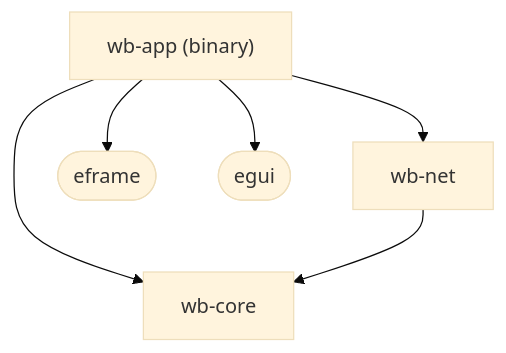
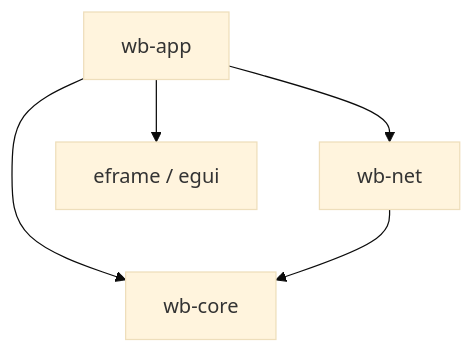
The first of 3 diagrams in docs/architecture.md (Student-Team-Projects/Most-Overkilled-Whiteboard-for-ArchLinux), drawn with Mermaid (base theme) before and after one commit. The commit also changed other lines of this file and 28 other files, not shown here.

````diff
--- a/docs/architecture.md
+++ b/docs/architecture.md
@@ -11,13 +8,7 @@
 ```mermaid
 flowchart TD
-    app["wb-app (binary)"]
-    net["wb-net"]
-    core["wb-core"]
-    eframe(["eframe"])
-    egui(["egui"])
-    app --> net
-    app --> core
-    app --> eframe
-    app --> egui
+    app["wb-app"] --> net["wb-net"]
+    app --> core["wb-core"]
     net --> core
+    app --> gui["eframe / egui"]
 ```
````
